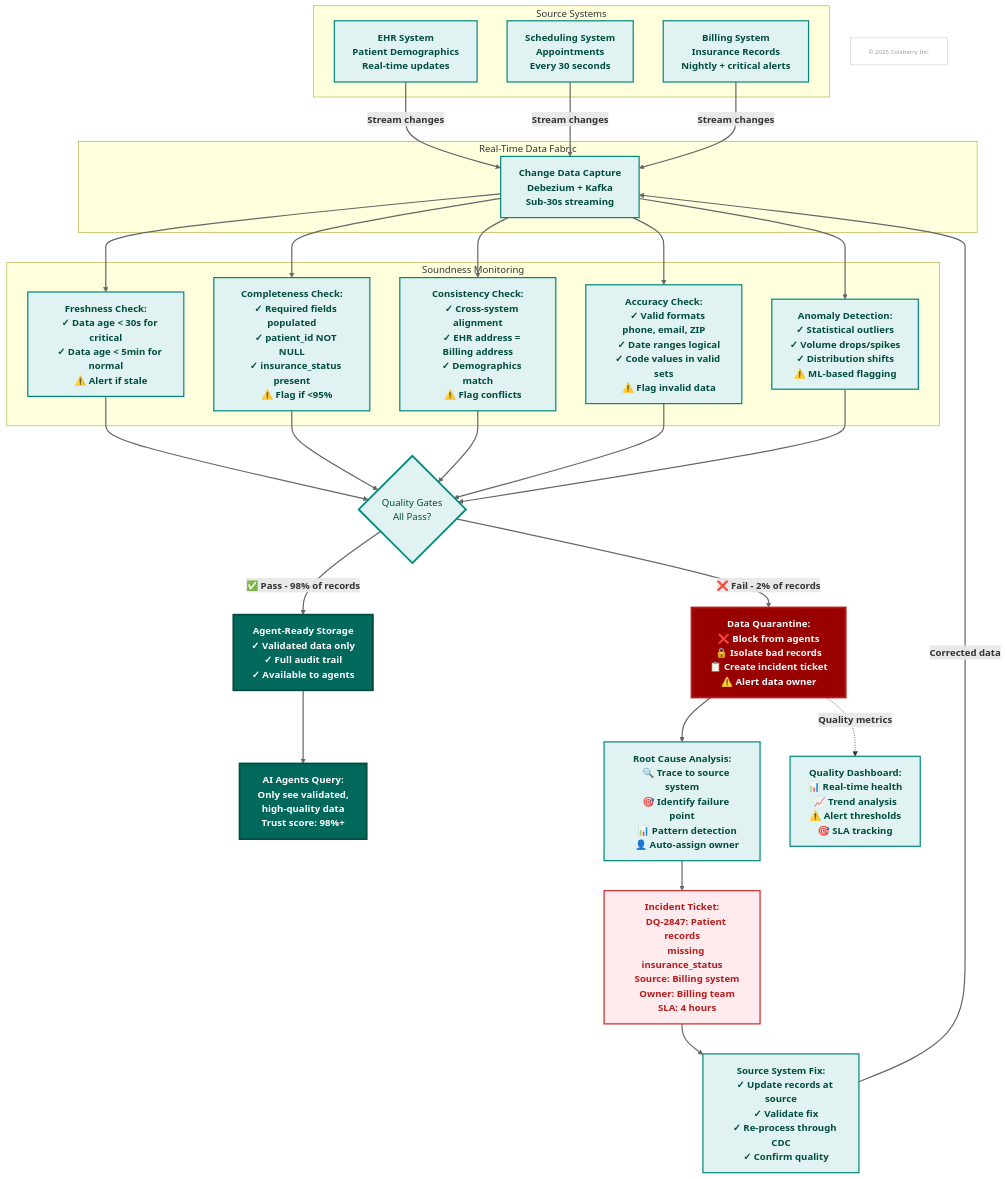
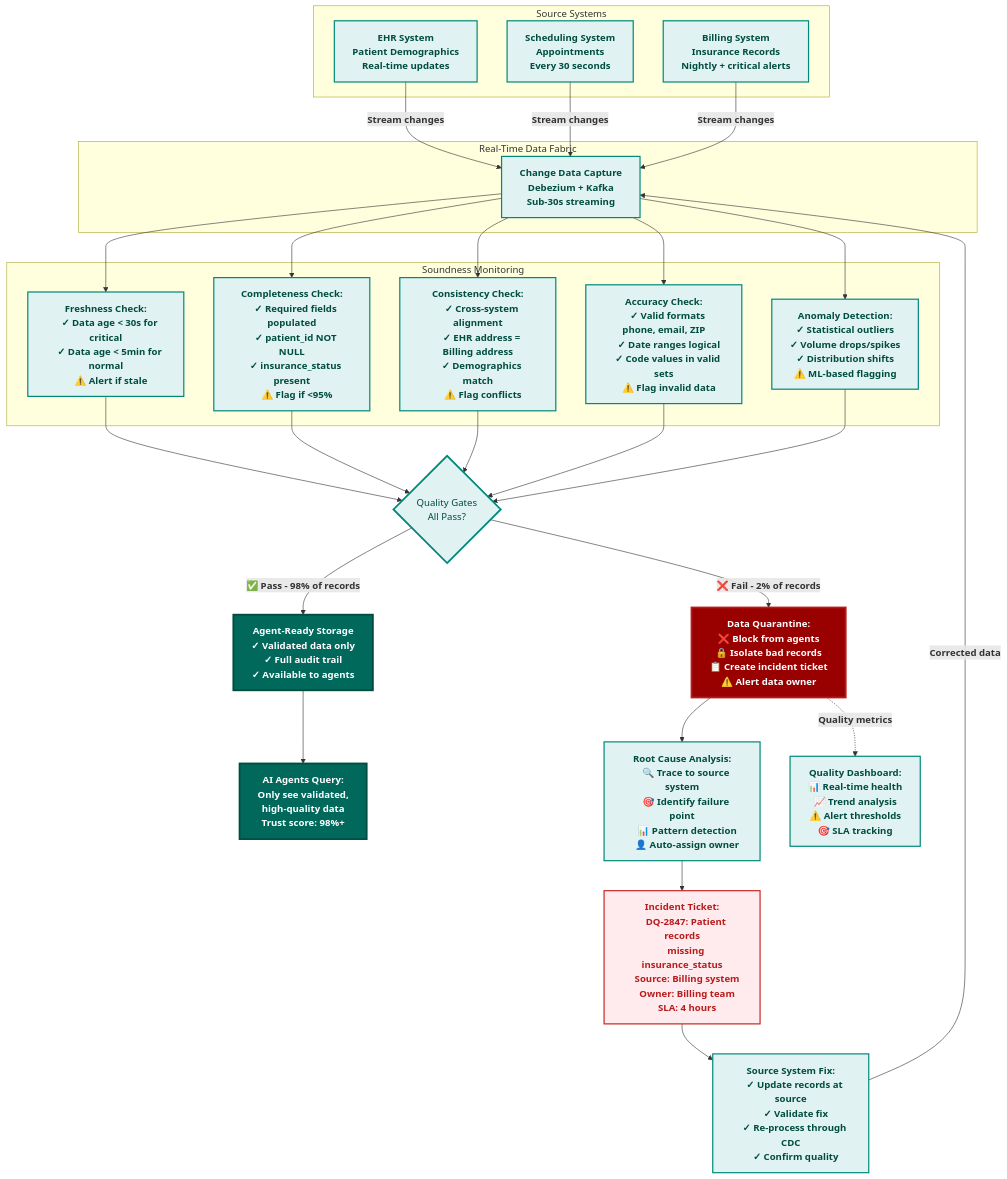
Before and after one commit to colaberry/enterprise-data-readiness-ai-agents: the seventh of 11 diagrams in chapter-02/chapter_2_complete.md, drawn with Mermaid. The commit also changed other lines of this file, not shown here.

First line of the commit message:
link styles removed

````diff
--- a/chapter-02/chapter_2_complete.md
+++ b/chapter-02/chapter_2_complete.md
@@ -1325,28 +1258,4 @@
     style TICKET fill:#ffebee,stroke:#c62828,stroke-width:2px,color:#b71c1c
     style FIX fill:#e0f2f1,stroke:#00897b,stroke-width:2px,color:#004d40
     style DASH fill:#e0f2f1,stroke:#00897b,stroke-width:2px,color:#004d40
-    
-    COPYRIGHT["© 2025 Colaberry Inc."]
-    style COPYRIGHT fill:#ffffff,stroke:#cccccc,stroke-width:1px,color:#999999,font-size:10px
-
-    linkStyle 0 stroke:#666666,stroke-width:2px
-    linkStyle 1 stroke:#666666,stroke-width:2px
-    linkStyle 2 stroke:#666666,stroke-width:2px
-    linkStyle 3 stroke:#666666,stroke-width:2px
-    linkStyle 4 stroke:#666666,stroke-width:2px
-    linkStyle 5 stroke:#666666,stroke-width:2px
-    linkStyle 6 stroke:#666666,stroke-width:2px
-    linkStyle 7 stroke:#666666,stroke-width:2px
-    linkStyle 8 stroke:#666666,stroke-width:2px
-    linkStyle 9 stroke:#666666,stroke-width:2px
-    linkStyle 10 stroke:#666666,stroke-width:2px
-    linkStyle 11 stroke:#666666,stroke-width:2px
-    linkStyle 12 stroke:#666666,stroke-width:2px
-    linkStyle 13 stroke:#666666,stroke-width:2px
-    linkStyle 14 stroke:#666666,stroke-width:2px
-    linkStyle 15 stroke:#666666,stroke-width:2px
-    linkStyle 16 stroke:#666666,stroke-width:2px
-    linkStyle 17 stroke:#666666,stroke-width:2px
-    linkStyle 18 stroke:#666666,stroke-width:2px
-    linkStyle 19 stroke:#666666,stroke-width:2px
 ```
````
